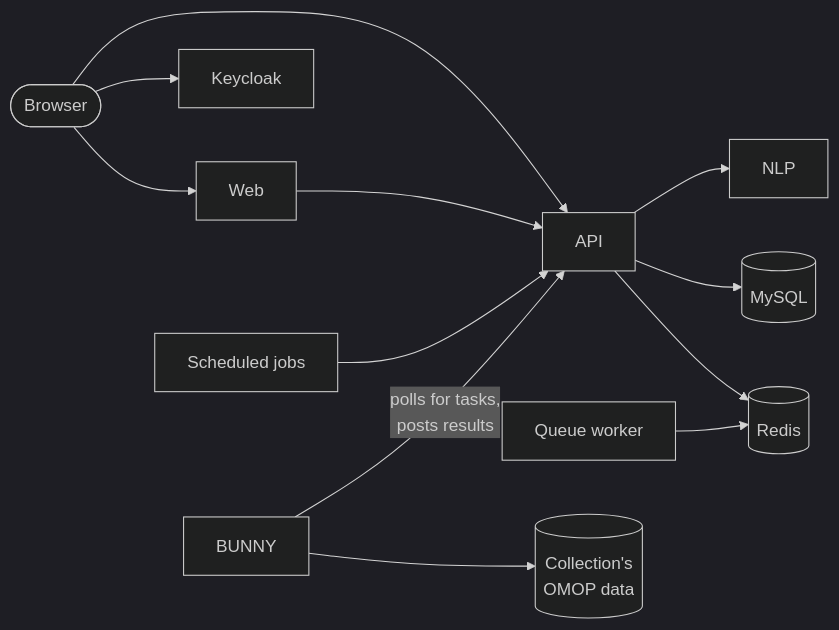
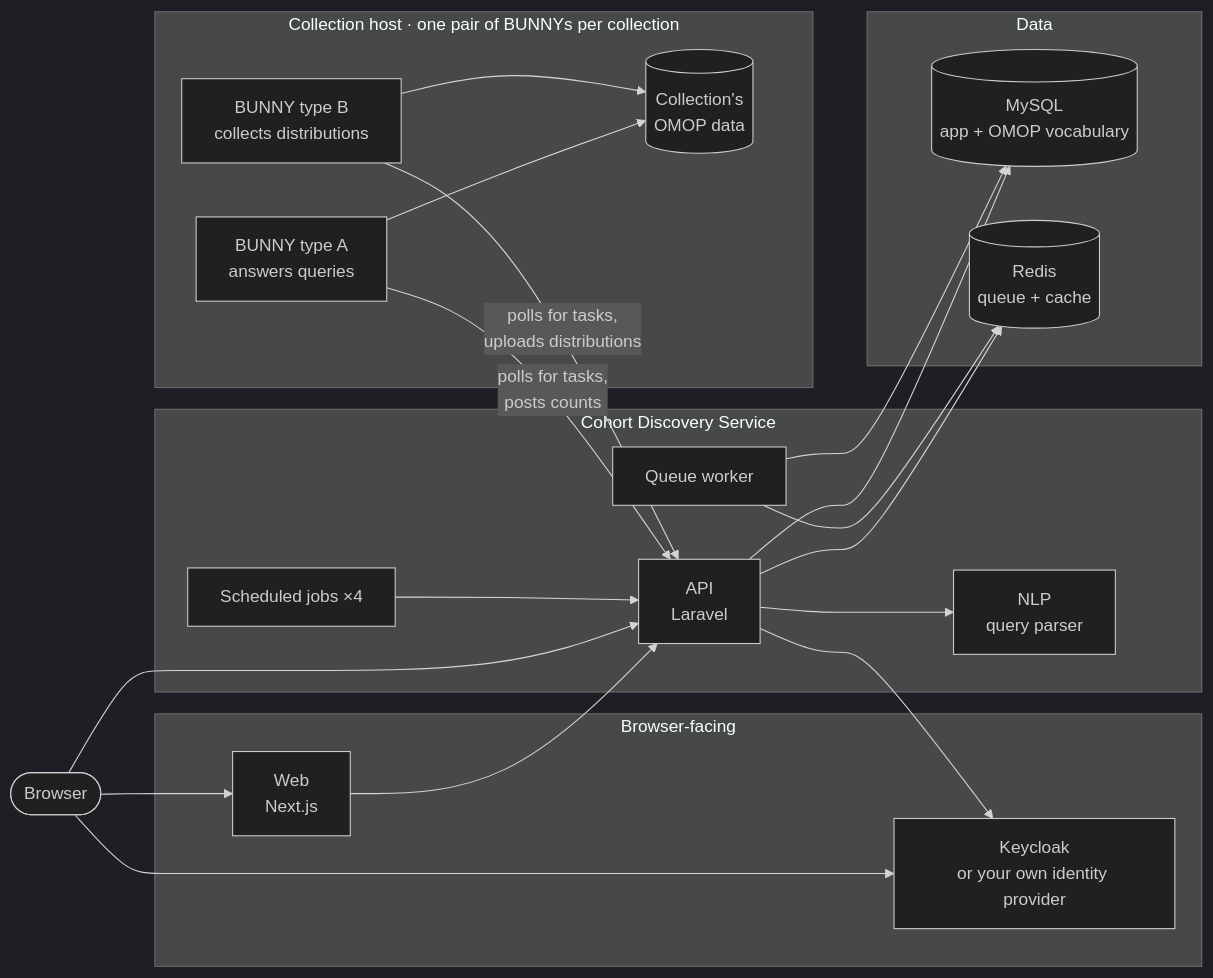
One commit to HDRUK/cohort-discovery-service-stack changed the diagram in docs/overview.md. Above: the diagram before and after it, drawn with Mermaid (dark theme). The commit also changed other lines of this file and 28 other files, not shown here.

````diff
--- a/docs/overview.md
+++ b/docs/overview.md
@@ -9,14 +9,43 @@
 ```mermaid
 flowchart LR
-  browser([Browser]) --> web[Web]
+  browser([Browser])
+
+  subgraph front[Browser-facing]
+    web[Web<br/>Next.js]
+    idp[Keycloak<br/>or your own identity provider]
+  end
+
+  subgraph service[Cohort Discovery Service]
+    api[API<br/>Laravel]
+    nlp[NLP<br/>query parser]
+    queue[Queue worker]
+    sched[Scheduled jobs ×4]
+  end
+
+  subgraph data[Data]
+    mysql[(MySQL<br/>app + OMOP vocabulary)]
+    redis[(Redis<br/>queue + cache)]
+  end
+
+  subgraph host[Collection host · one pair of BUNNYs per collection]
+    bunnyA[BUNNY type A<br/>answers queries]
+    bunnyB[BUNNY type B<br/>collects distributions]
+    omop[(Collection's<br/>OMOP data)]
+  end
+
+  browser --> web
   browser --> api
-  browser --> keycloak[Keycloak]
-  web --> api[API]
-  api --> nlp[NLP]
-  api --> mysql[(MySQL)]
-  api --> redis[(Redis)]
-  queue[Queue worker] --> redis
-  scheduler[Scheduled jobs] --> api
-  bunny[BUNNY] -- polls for tasks,<br/>posts results --> api
-  bunny --> data[(Collection's<br/>OMOP data)]
+  browser --> idp
+  web --> api
+  api --> nlp
+  api --> mysql
+  api --> redis
+  api --> idp
+  queue --> redis
+  queue --> mysql
+  sched --> api
+  bunnyA -- polls for tasks,<br/>posts counts --> api
+  bunnyB -- polls for tasks,<br/>uploads distributions --> api
+  bunnyA --> omop
+  bunnyB --> omop
 ```
````
